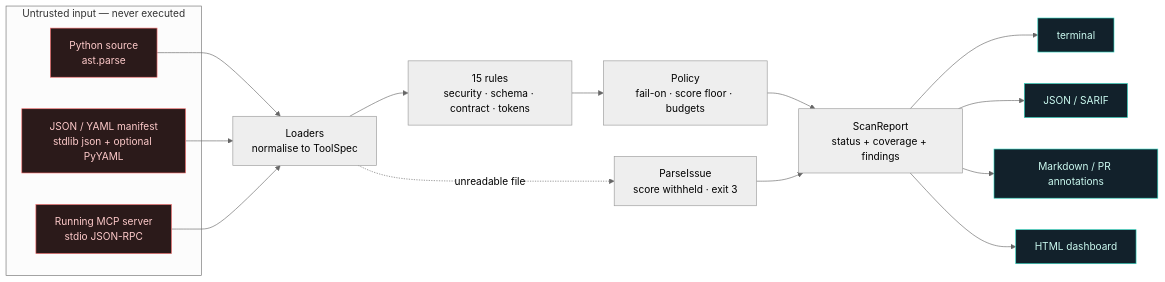
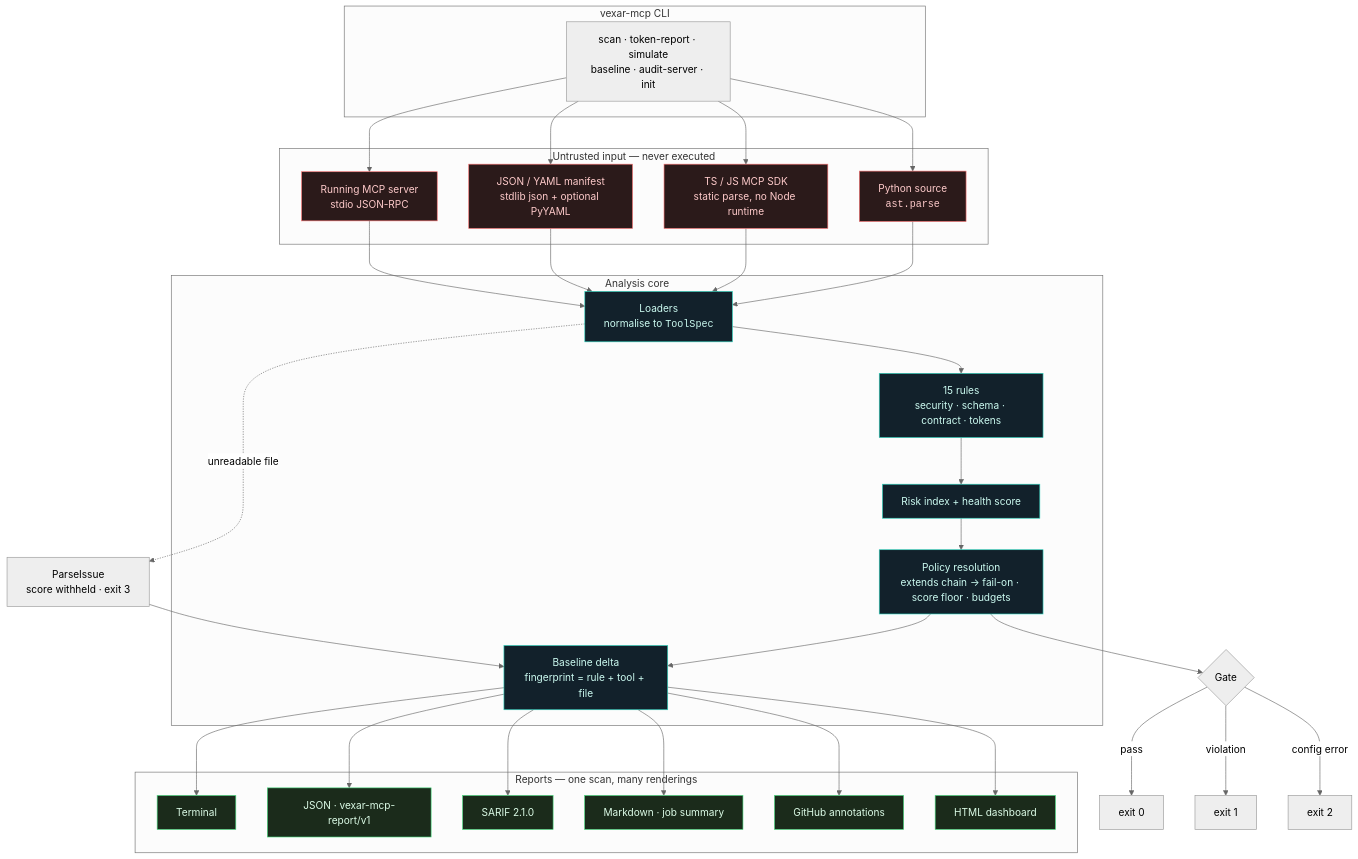
Before and after one commit to RANJITHROSAN17/Vexar-MCP: the first of 2 diagrams in README.md, drawn with Mermaid (neutral theme). The commit also changed other lines of this file, not shown here.

````diff
--- a/README.md
+++ b/README.md
@@ -71,29 +120,47 @@
 ```mermaid
-flowchart LR
-    subgraph inputs["Untrusted input — never executed"]
-        A["Python source<br/>ast.parse"]
-        B["JSON / YAML manifest<br/>stdlib json + optional PyYAML"]
-        C["Running MCP server<br/>stdio JSON-RPC"]
+flowchart TD
+    subgraph CLI["vexar-mcp CLI"]
+        A["scan · token-report · simulate<br/>baseline · audit-server · init"]
     end
 
-    A --> D["Loaders<br/>normalise to ToolSpec"]
-    B --> D
-    C --> D
+    subgraph Inputs["Untrusted input — never executed"]
+        B["Python source<br/><code>ast.parse</code>"]
+        C["TS / JS MCP SDK<br/>static parse, no Node runtime"]
+        D["JSON / YAML manifest<br/>stdlib json + optional PyYAML"]
+        E["Running MCP server<br/>stdio JSON-RPC"]
+    end
 
-    D --> E["15 rules<br/>security · schema · contract · tokens"]
-    E --> F["Policy<br/>fail-on · score floor · budgets"]
-    F --> G["ScanReport<br/>status + coverage + findings"]
+    subgraph Pipeline["Analysis core"]
+        F["Loaders<br/>normalise to <code>ToolSpec</code>"]
+        G["15 rules<br/>security · schema · contract · tokens"]
+        H["Risk index + health score"]
+        I["Policy resolution<br/>extends chain → fail-on · score floor · budgets"]
+        J["Baseline delta<br/>fingerprint = rule + tool + file"]
+    end
 
-    G --> H["terminal"]
-    G --> I["JSON / SARIF"]
-    G --> J["Markdown / PR annotations"]
-    G --> K["HTML dashboard"]
+    subgraph Output["Reports — one scan, many renderings"]
+        K["Terminal"]
+        L["JSON · vexar-mcp-report/v1"]
+        M["SARIF 2.1.0"]
+        N["Markdown · job summary"]
+        O["GitHub annotations"]
+        P["HTML dashboard"]
+    end
 
-    D -. "unreadable file" .-> L["ParseIssue<br/>score withheld · exit 3"]
-    L --> G
+    A --> B & C & D & E
+    B & C & D & E --> F --> G --> H --> I --> J
+    J --> K & L & M & N & O & P
+    I --> Q{"Gate"}
+    Q -->|"pass"| R["exit 0"]
+    Q -->|"violation"| S["exit 1"]
+    Q -->|"config error"| T["exit 2"]
+    F -. "unreadable file" .-> U["ParseIssue<br/>score withheld · exit 3"]
+    U --> J
 
     classDef untrusted fill:#2b1a1a,stroke:#f87171,color:#fecaca
-    classDef out fill:#12212b,stroke:#2dd4bf,color:#ccfbf1
-    class A,B,C untrusted
-    class H,I,J,K out
+    classDef core fill:#12212b,stroke:#2dd4bf,color:#ccfbf1
+    classDef out fill:#1b2b1b,stroke:#4ade80,color:#dcfce7
+    class B,C,D,E untrusted
+    class F,G,H,I,J core
+    class K,L,M,N,O,P out
 ```
````
